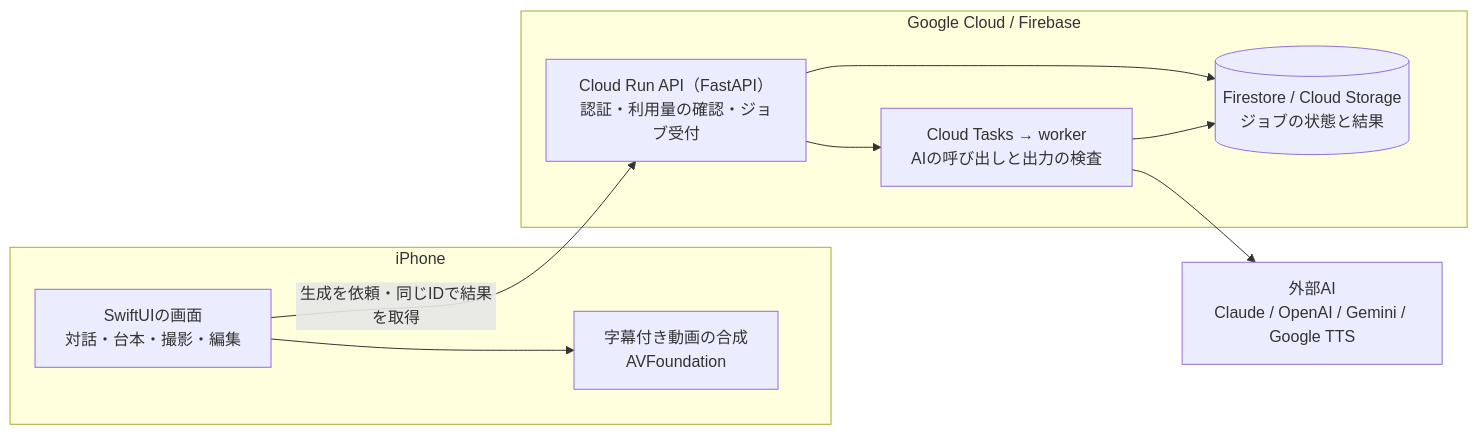
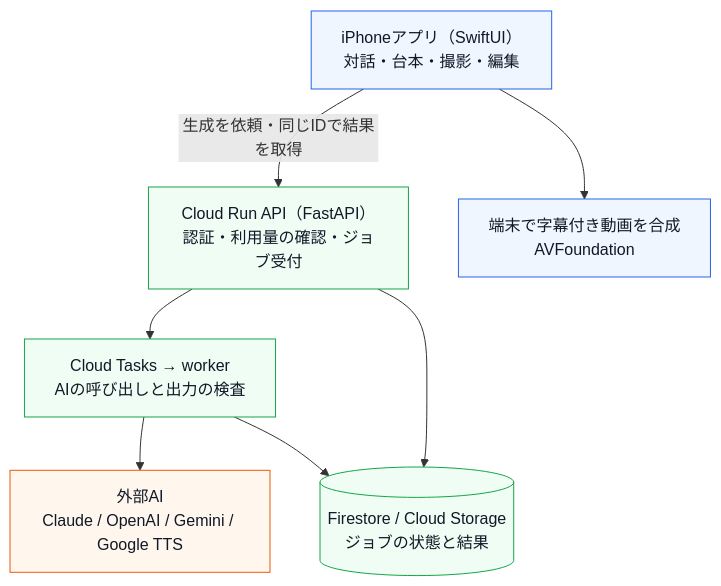
The diagram in README.md (Technarra/kantokuai-portfolio), drawn with Mermaid before and after one commit. The commit also changed other lines of this file, not shown here.

Commit message:
docs: READMEの構成図を縦長にして文字を読みやすくする

````diff
--- a/README.md
+++ b/README.md
@@ -89,19 +89,21 @@
 ```mermaid
-flowchart LR
-    subgraph Device["iPhone"]
-        App["SwiftUIの画面<br/>対話・台本・撮影・編集"]
-        Render["字幕付き動画の合成<br/>AVFoundation"]
-    end
-    subgraph Cloud["Google Cloud / Firebase"]
-        API["Cloud Run API（FastAPI）<br/>認証・利用量の確認・ジョブ受付"]
-        Worker["Cloud Tasks → worker<br/>AIの呼び出しと出力の検査"]
-        DB[("Firestore / Cloud Storage<br/>ジョブの状態と結果")]
-    end
+flowchart TD
+    App["iPhoneアプリ（SwiftUI）<br/>対話・台本・撮影・編集"]
+    Render["端末で字幕付き動画を合成<br/>AVFoundation"]
+    API["Cloud Run API（FastAPI）<br/>認証・利用量の確認・ジョブ受付"]
+    Worker["Cloud Tasks → worker<br/>AIの呼び出しと出力の検査"]
+    DB[("Firestore / Cloud Storage<br/>ジョブの状態と結果")]
     AI["外部AI<br/>Claude / OpenAI / Gemini / Google TTS"]
     App -->|"生成を依頼・同じIDで結果を取得"| API
+    App --> Render
+    API --> Worker
     API --> DB
-    API --> Worker
     Worker --> AI
     Worker --> DB
-    App --> Render
+    classDef local fill:#eff6ff,stroke:#2563eb,color:#111827
+    classDef cloud fill:#f0fdf4,stroke:#16a34a,color:#111827
+    classDef external fill:#fff7ed,stroke:#ea580c,color:#111827
+    class App,Render local
+    class API,Worker,DB cloud
+    class AI external
 ```
````
